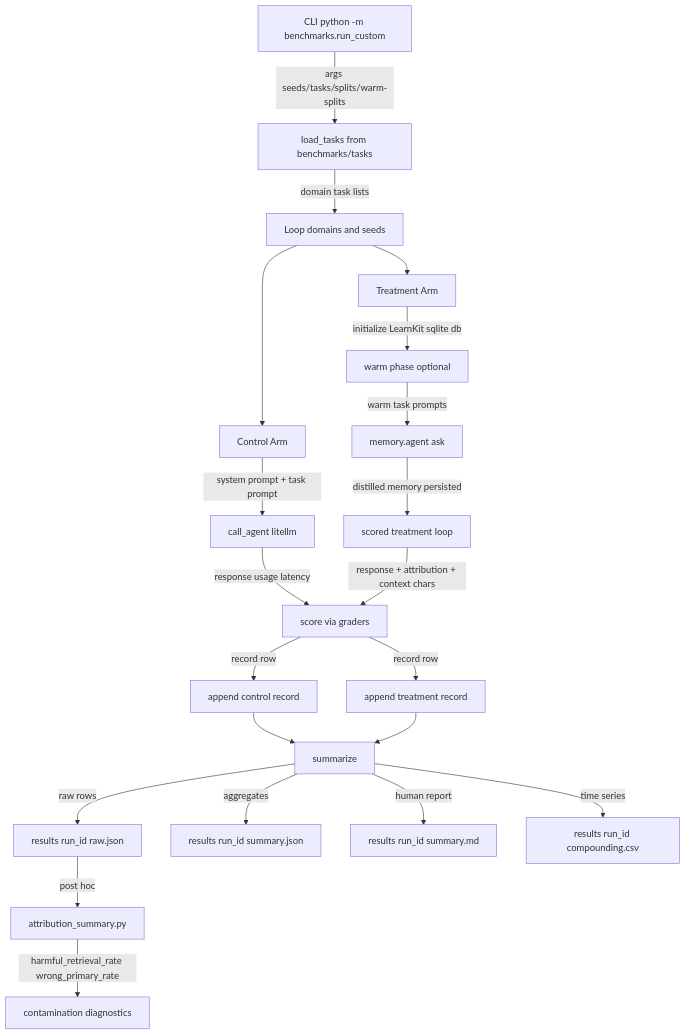
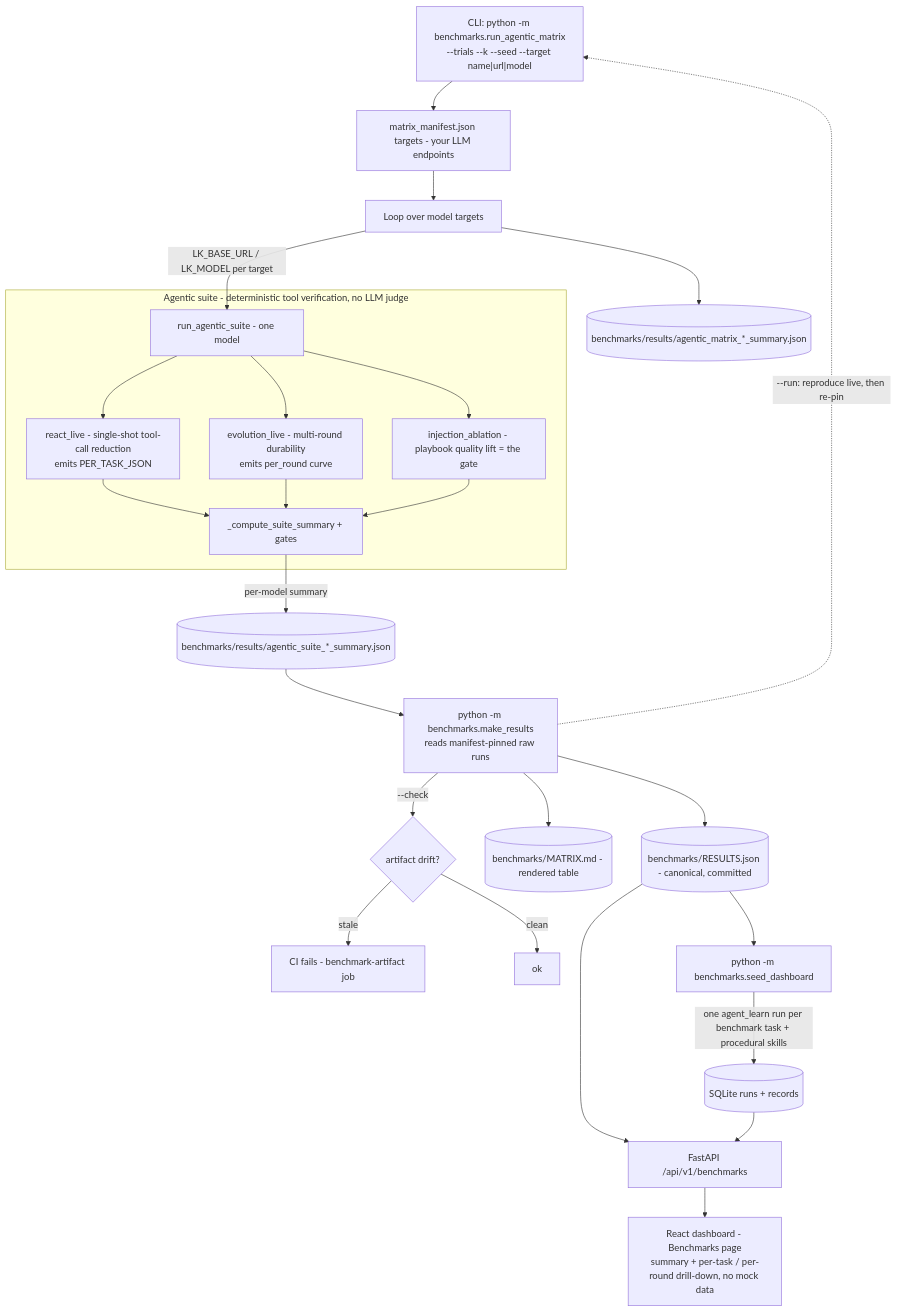
The diagram in architecture/benchmark_flow.mmd (siddhu1716/LearnKit), drawn with Mermaid before and after one commit. The commit also changed other lines of this file and 6 other files, not shown here.

Commit message:
modified docs and architecture,updated readme and added deepwiki

```diff
--- a/architecture/benchmark_flow.mmd
+++ b/architecture/benchmark_flow.mmd
@@ -1,24 +1,32 @@
 flowchart TD
-    A[CLI python -m benchmarks.run_custom] -->|args seeds/tasks/splits/warm-splits| B[load_tasks from benchmarks/tasks]
-    B -->|domain task lists| C[Loop domains and seeds]
+    A["CLI: python -m benchmarks.run_agentic_matrix<br/>--trials --k --seed --target name|url|model"] --> B[matrix_manifest.json targets - your LLM endpoints]
+    B --> C[Loop over model targets]
+    C -->|LK_BASE_URL / LK_MODEL per target| D[run_agentic_suite - one model]
 
-    C --> D[Control Arm]
-    D -->|system prompt + task prompt| E[call_agent litellm]
-    E -->|response usage latency| F[score via graders]
-    F -->|record row| G[append control record]
+    subgraph SUITE[Agentic suite - deterministic tool verification, no LLM judge]
+        D --> E1["react_live - single-shot tool-call reduction<br/>emits PER_TASK_JSON"]
+        D --> E2["evolution_live - multi-round durability<br/>emits per_round curve"]
+        D --> E3[injection_ablation - playbook quality lift = the gate]
+        E1 --> F[_compute_suite_summary + gates]
+        E2 --> F
+        E3 --> F
+    end
 
-    C --> H[Treatment Arm]
-    H -->|initialize LearnKit sqlite db| I[warm phase optional]
-    I -->|warm task prompts| J[memory.agent ask]
-    J -->|distilled memory persisted| K[scored treatment loop]
-    K -->|response + attribution + context chars| F
-    F -->|record row| L[append treatment record]
+    F -->|per-model summary| G[(benchmarks/results/agentic_suite_*_summary.json)]
+    C --> H[(benchmarks/results/agentic_matrix_*_summary.json)]
 
-    G --> M[summarize]
-    L --> M
-    M -->|raw rows| N[results run_id raw.json]
-    M -->|aggregates| O[results run_id summary.json]
-    M -->|human report| P[results run_id summary.md]
-    M -->|time series| Q[results run_id compounding.csv]
-    N -->|post hoc| R[attribution_summary.py]
-    R -->|harmful_retrieval_rate wrong_primary_rate| S[contamination diagnostics]
+    G --> I["python -m benchmarks.make_results<br/>reads manifest-pinned raw runs"]
+    I --> J[(benchmarks/RESULTS.json - canonical, committed)]
+    I --> K[(benchmarks/MATRIX.md - rendered table)]
+    I -->|--check| L{artifact drift?}
+    L -->|stale| L1[CI fails - benchmark-artifact job]
+    L -->|clean| L2[ok]
+
+    J --> M[python -m benchmarks.seed_dashboard]
+    M -->|one agent_learn run per benchmark task + procedural skills| N[(SQLite runs + records)]
+
+    J --> O[FastAPI /api/v1/benchmarks]
+    N --> O
+    O --> P["React dashboard - Benchmarks page<br/>summary + per-task / per-round drill-down, no mock data"]
+
+    I -.->|--run: reproduce live, then re-pin| A
```
